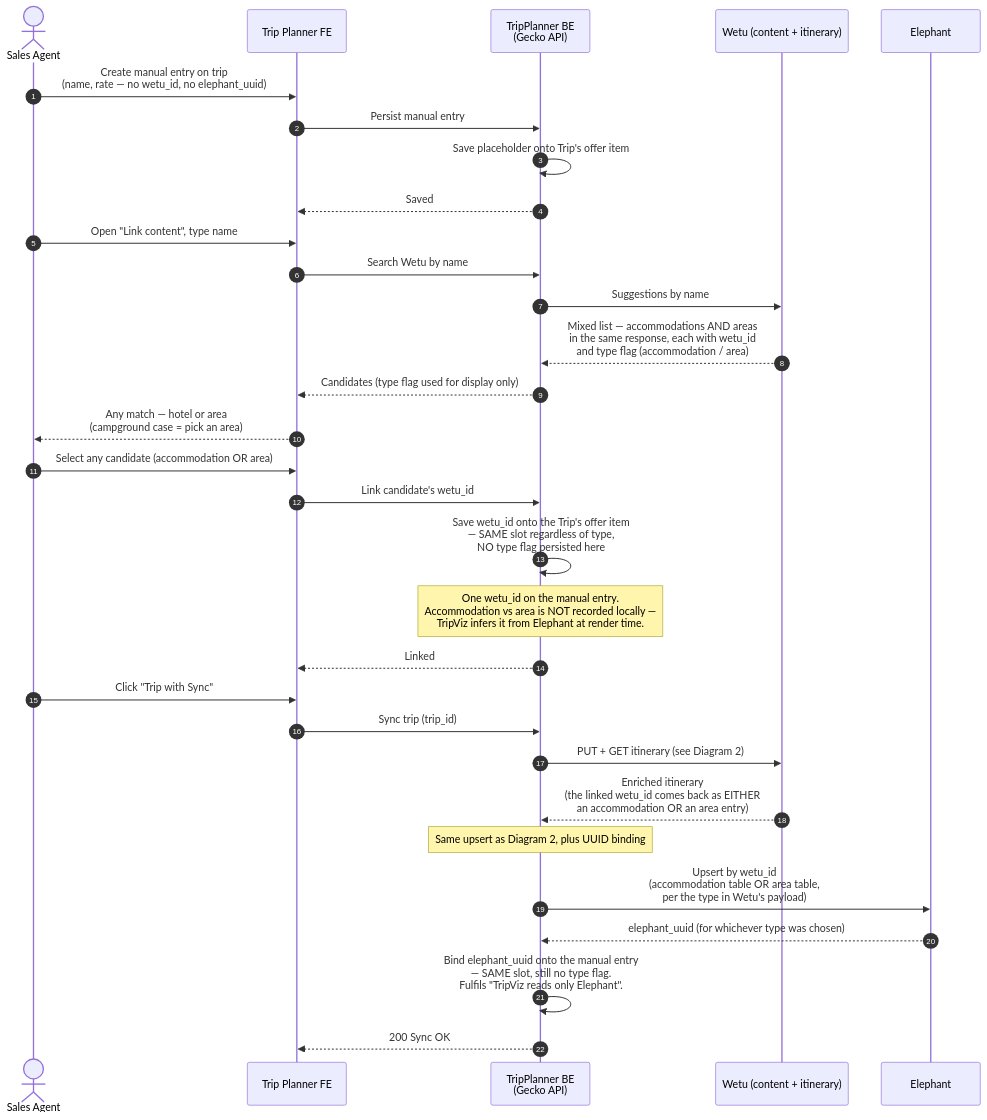
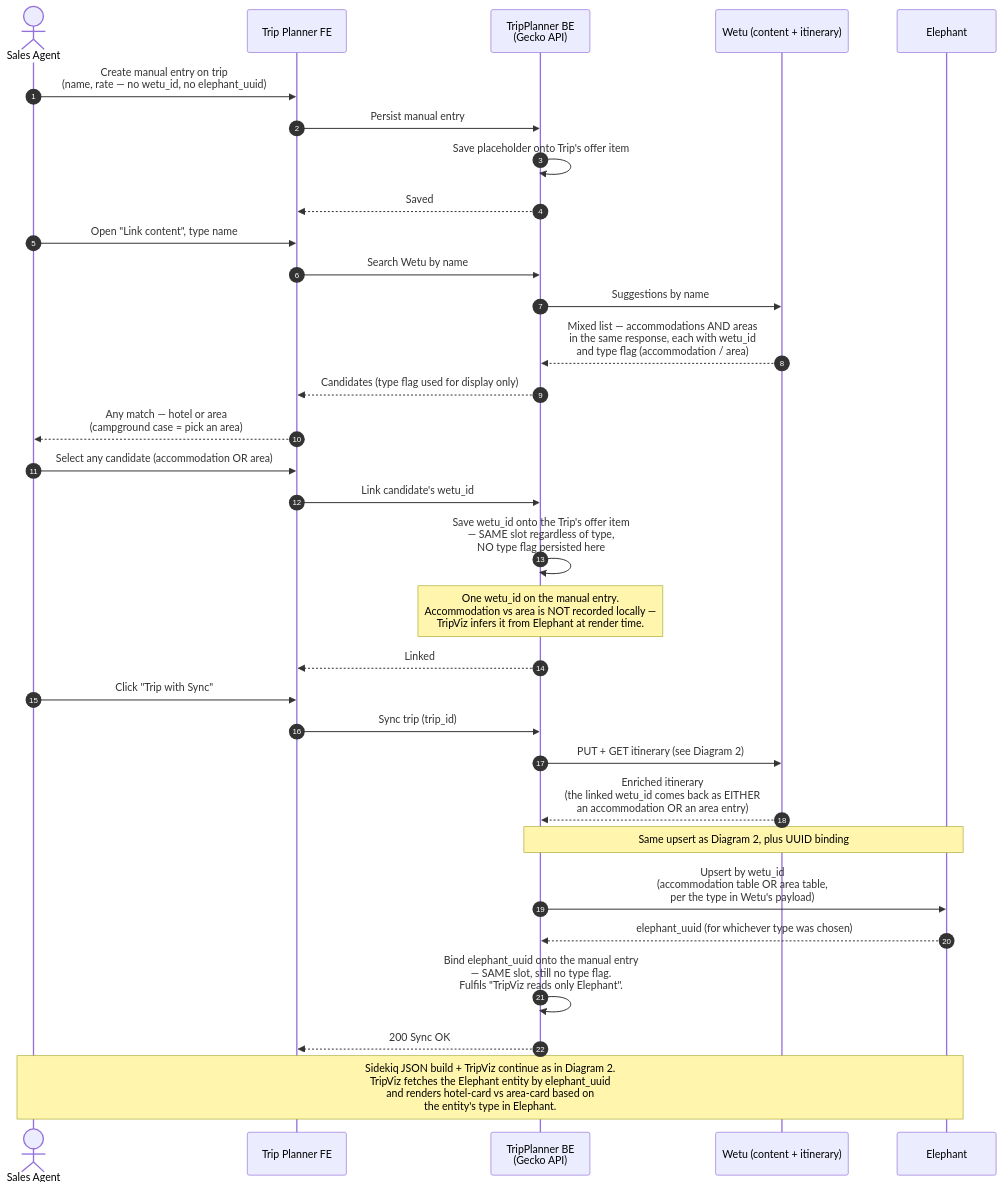
One commit to kliuchnikau-tourlane/ClaudeCowork changed the fourth of 5 diagrams in OUTPUTS/2026-04-24_TripPlannerWetu-sequence-diagrams/TripPlannerWetu_Documentation.md. Above: the diagram before and after it, drawn with Mermaid.

Commit message:
Restore Diagram 3 cross-node notes
Reverted two changes from the previous cleanup — user found them
more readable in their original form:
- "Note over BE,Eleph: Same upsert as Diagram 2, plus UUID binding"
- Closing "Note over Agent,Eleph: Sidekiq JSON build + TripViz..."
  (was moved to prose; restored as an in-diagram note)

````diff
--- a/OUTPUTS/2026-04-24_TripPlannerWetu-sequence-diagrams/TripPlannerWetu_Documentation.md
+++ b/OUTPUTS/2026-04-24_TripPlannerWetu-sequence-diagrams/TripPlannerWetu_Documentation.md
@@ -188,38 +188,40 @@
 ```mermaid
 sequenceDiagram
     autonumber
     actor Agent as Sales Agent
     participant TP as Trip Planner FE
     participant BE as TripPlanner BE<br/>(Gecko API)
     participant Wetu as Wetu (content + itinerary)
     participant Eleph as Elephant
 
     Agent->>TP: Create manual entry on trip<br/>(name, rate — no wetu_id, no elephant_uuid)
     TP->>BE: Persist manual entry
     BE->>BE: Save placeholder onto Trip's offer item
     BE-->>TP: Saved
 
     Agent->>TP: Open "Link content", type name
     TP->>BE: Search Wetu by name
     BE->>Wetu: Suggestions by name
     Wetu-->>BE: Mixed list — accommodations AND areas<br/>in the same response, each with wetu_id<br/>and type flag (accommodation / area)
     BE-->>TP: Candidates (type flag used for display only)
     TP-->>Agent: Any match — hotel or area<br/>(campground case = pick an area)
 
     Agent->>TP: Select any candidate (accommodation OR area)
     TP->>BE: Link candidate's wetu_id
     BE->>BE: Save wetu_id onto the Trip's offer item<br/>— SAME slot regardless of type,<br/>NO type flag persisted here
     Note over BE: One wetu_id on the manual entry.<br/>Accommodation vs area is NOT recorded locally —<br/>TripViz infers it from Elephant at render time.
     BE-->>TP: Linked
 
     Agent->>TP: Click "Trip with Sync"
     TP->>BE: Sync trip (trip_id)
     BE->>Wetu: PUT + GET itinerary (see Diagram 2)
     Wetu-->>BE: Enriched itinerary<br/>(the linked wetu_id comes back as EITHER<br/>an accommodation OR an area entry)
 
-    Note over BE: Same upsert as Diagram 2, plus UUID binding
+    Note over BE,Eleph: Same upsert as Diagram 2, plus UUID binding
     BE->>Eleph: Upsert by wetu_id<br/>(accommodation table OR area table,<br/>per the type in Wetu's payload)
     Eleph-->>BE: elephant_uuid (for whichever type was chosen)
     BE->>BE: Bind elephant_uuid onto the manual entry<br/>— SAME slot, still no type flag.<br/>Fulfils "TripViz reads only Elephant".
     BE-->>TP: 200 Sync OK
+
+    Note over Agent,Eleph: Sidekiq JSON build + TripViz continue as in Diagram 2.<br/>TripViz fetches the Elephant entity by elephant_uuid<br/>and renders hotel-card vs area-card based on<br/>the entity's type in Elephant.
 ```
````
